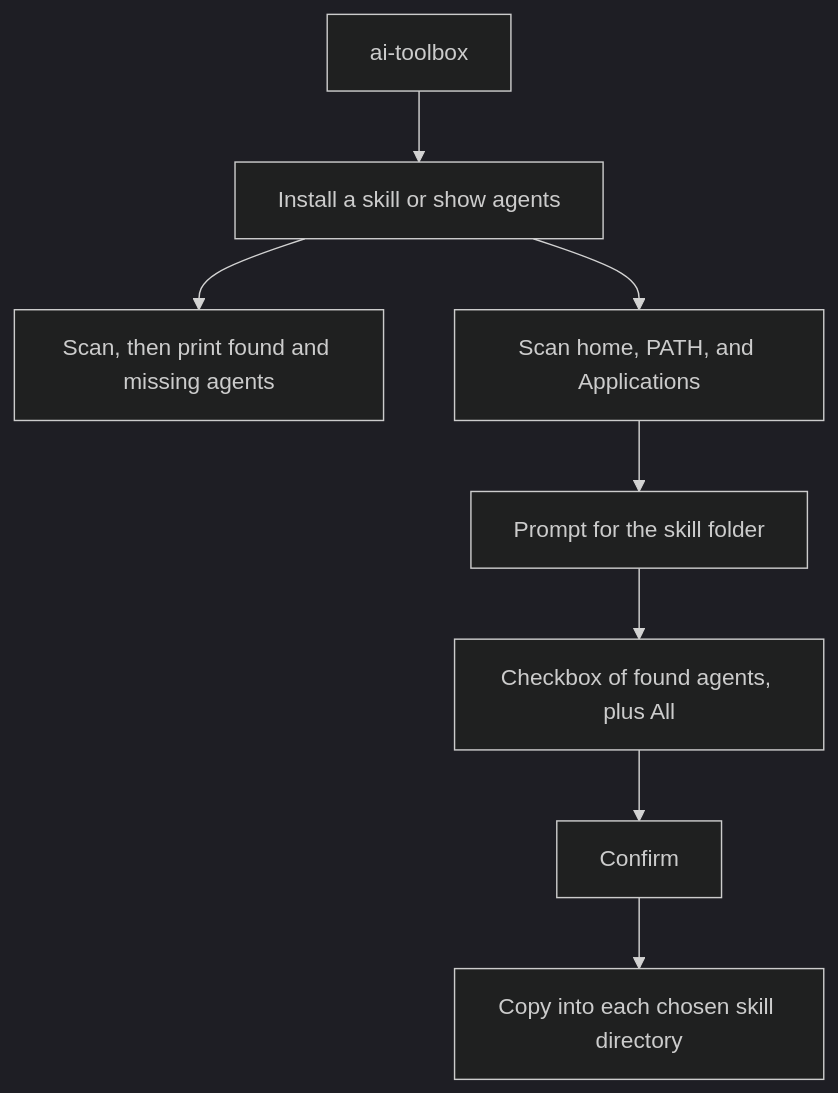
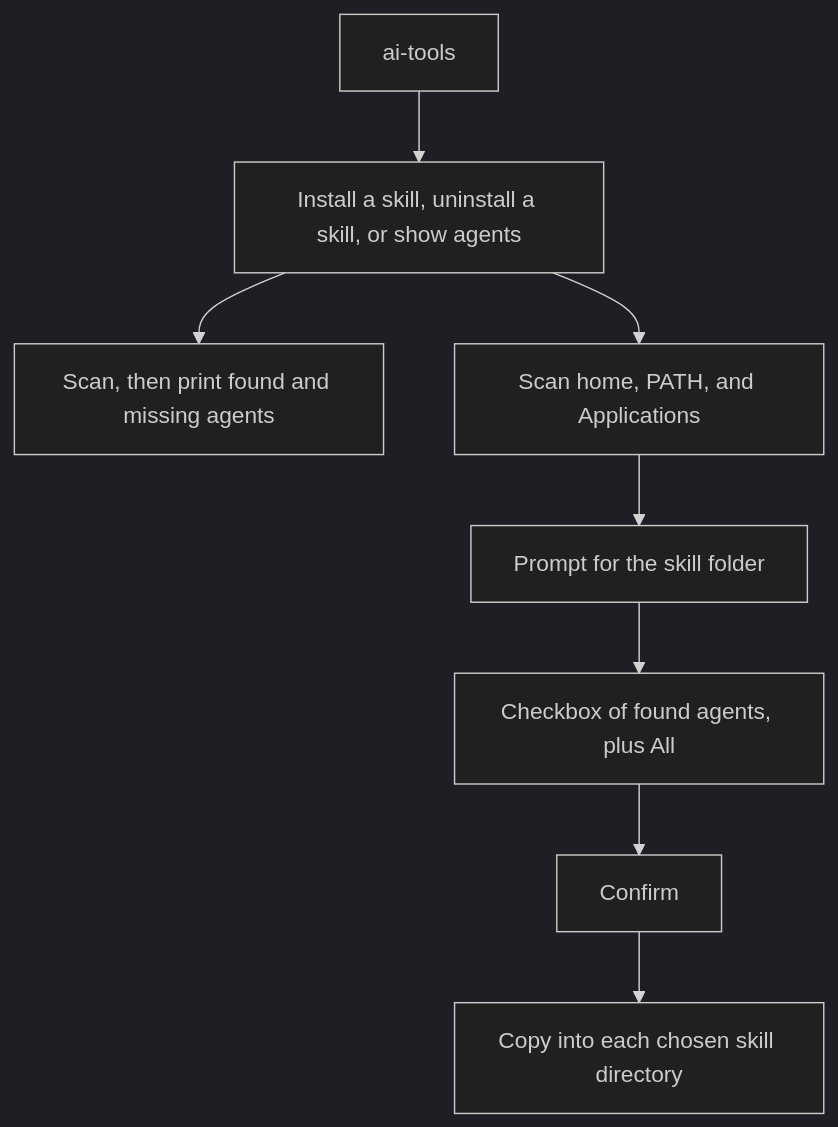
Before and after one commit to coderdark/ai-tools: the diagram in PLAN.md, drawn with Mermaid (dark theme). The commit also changed other lines of this file and 16 other files, not shown here.

First line of the commit message:
Add uninstall command and rename the tool to ai-tools

````diff
--- a/PLAN.md
+++ b/PLAN.md
@@ -25,10 +25,10 @@
 ```mermaid
 flowchart TD
-  start["ai-toolbox"] --> menu["Install a skill or show agents"]
+  start["ai-tools"] --> menu["Install a skill, uninstall a skill, or show agents"]
   menu --> show["Scan, then print found and missing agents"]
   menu --> scan["Scan home, PATH, and Applications"]
   scan --> path["Prompt for the skill folder"]
   path --> pick["Checkbox of found agents, plus All"]
   pick --> confirm["Confirm"]
   confirm --> copy["Copy into each chosen skill directory"]
 ```
````
